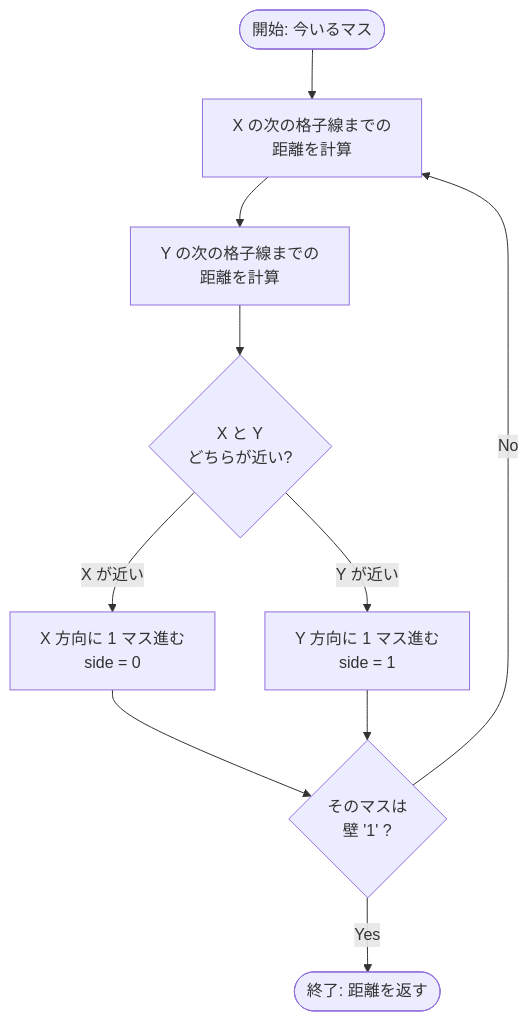
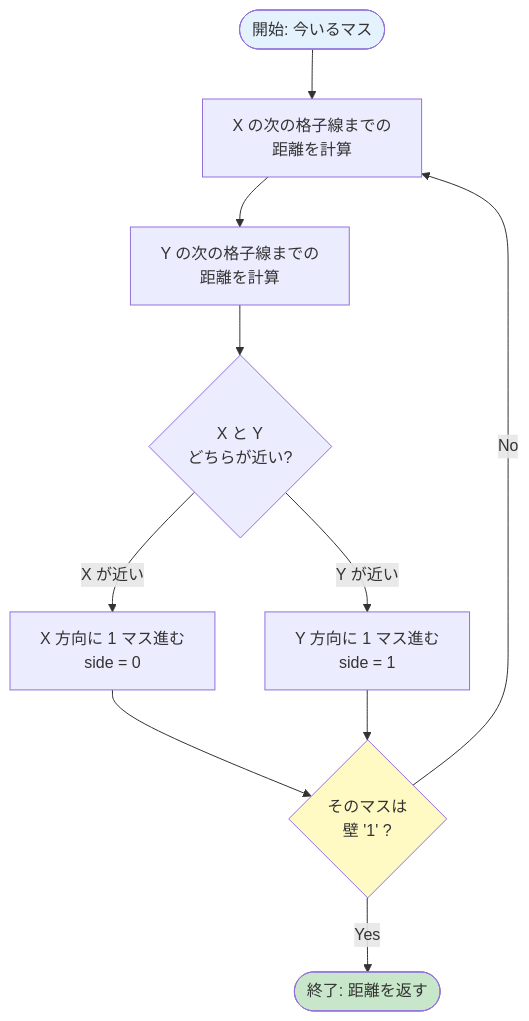
Before and after one commit to Tsunanko/cub3d-guide: the fifth of 9 diagrams in docs/03-raycasting.md, drawn with Mermaid. The commit also changed other lines of this file and 5 other files, not shown here.

Commit message:
Add debugging page with 4 real bug fixes, replace ASCII art with Mermaid diagrams

````diff
--- a/docs/03-raycasting.md
+++ b/docs/03-raycasting.md
@@ -166,12 +134,16 @@
 ```mermaid
 flowchart TD
     Start([開始: 今いるマス]) --> CalcX[X の次の格子線までの<br>距離を計算]
     CalcX --> CalcY[Y の次の格子線までの<br>距離を計算]
     CalcY --> Compare{X と Y<br>どちらが近い?}
     Compare -->|X が近い| StepX[X 方向に 1 マス進む<br>side = 0]
     Compare -->|Y が近い| StepY[Y 方向に 1 マス進む<br>side = 1]
     StepX --> Check{そのマスは<br>壁 '1' ?}
     StepY --> Check
     Check -->|Yes| End([終了: 距離を返す])
     Check -->|No| CalcX
+
+    style Start fill:#E3F2FD
+    style End fill:#C8E6C9
+    style Check fill:#FFF9C4
 ```
````
